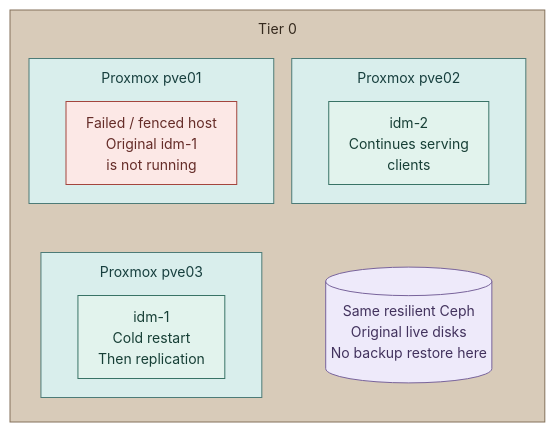
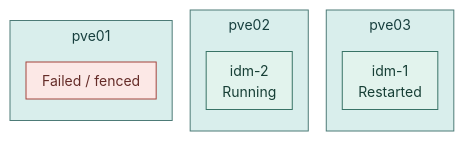
Before and after one commit to Rexus/homelab: the second of 2 diagrams in docs/03-deployment/foundation/proxmox/failover.md, drawn with Mermaid. The commit also changed other lines of this file and 352 other files, not shown here.

````diff
--- a/docs/03-deployment/foundation/proxmox/failover.md
+++ b/docs/03-deployment/foundation/proxmox/failover.md
@@ -76,30 +91,21 @@
 ```mermaid
-%%{init: {"theme":"base","flowchart":{"nodeSpacing":18,"rankSpacing":24,"padding":10,"subGraphTitleMargin":{"top":8,"bottom":16}},"themeVariables":{"lineColor":"#627581","edgeLabelBackground":"#f8fafc","fontFamily":"Arial, sans-serif","fontSize":"14px"},"fontFamily":"Arial, sans-serif"}}%%
-flowchart TB
-  subgraph T0["Tier 0"]
-    direction TB
-    subgraph P1["Proxmox pve01"]
-      Failed["Failed / fenced host<br/>Original idm-1<br/>is not running"]
-    end
-    subgraph P2["Proxmox pve02"]
-      B["idm-2<br/>Continues serving<br/>clients"]
-    end
-    subgraph P3["Proxmox pve03"]
-      A["idm-1<br/>Cold restart<br/>Then replication"]
-    end
-    Storage[("Same resilient Ceph<br/>Original live disks<br/>No backup restore here")]
-    P1 ~~~ P3
-    P2 ~~~ Storage
+%%{init: {"theme":"base","fontFamily":"Arial, sans-serif","flowchart":{"nodeSpacing":12,"rankSpacing":18,"padding":8,"subGraphTitleMargin":{"top":4,"bottom":16}},"themeVariables":{"fontFamily":"Arial, sans-serif","fontSize":"14px","lineColor":"#627581","edgeLabelBackground":"#f8fafc"}}}%%
+flowchart LR
+  subgraph P1["pve01"]
+    Failed["Failed / fenced"]
   end
+  subgraph P2["pve02"]
+    B["idm-2<br/>Running"]
+  end
+  subgraph P3["pve03"]
+    A["idm-1<br/>Restarted"]
+  end
+  P1 ~~~ P2 ~~~ P3
   classDef default fill:#f8fafc,stroke:#64748b,color:#1f2937
+  classDef runtime fill:#d9eeec,stroke:#4d7b77,color:#173f3e
   classDef control fill:#e2f3ed,stroke:#397366,color:#173f36
-  classDef runtime fill:#d9eeec,stroke:#4d7b77,color:#173f3e
-  classDef data fill:#eeeafa,stroke:#78639b,color:#42325d
   classDef fault fill:#fce8e6,stroke:#a3453d,color:#652c28
+  class P1,P2,P3 runtime
   class A,B control
-  class P1,P2,P3 runtime
-  class Storage data
   class Failed fault
-  classDef tier0 fill:#d8cbb9,stroke:#83715a,color:#352a1e
-  class T0 tier0
 ```
````
